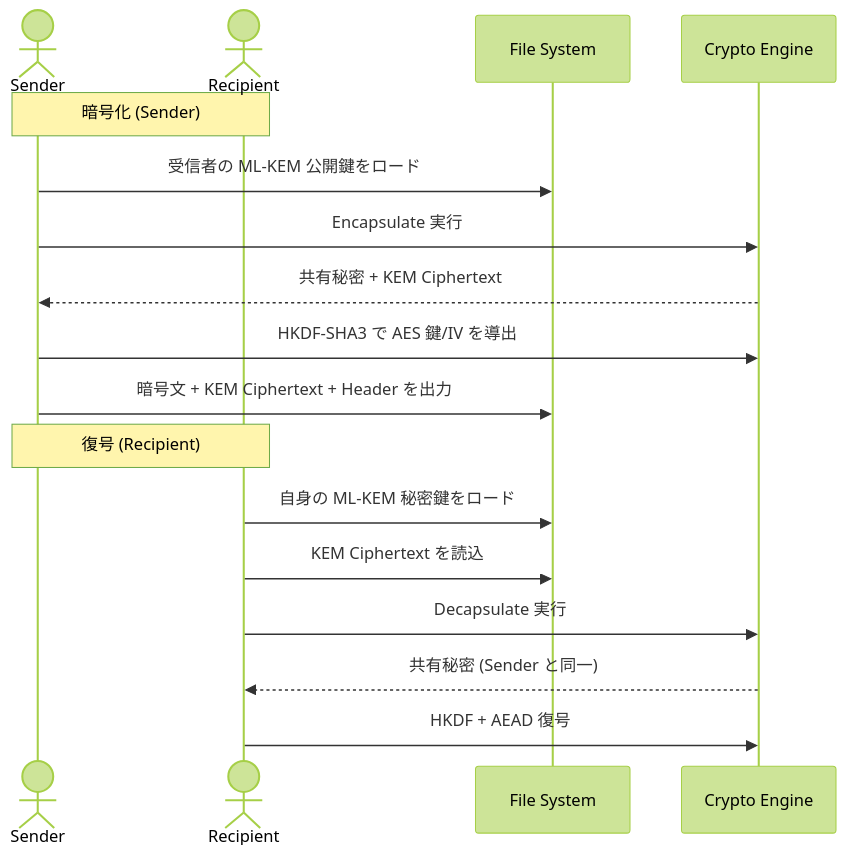
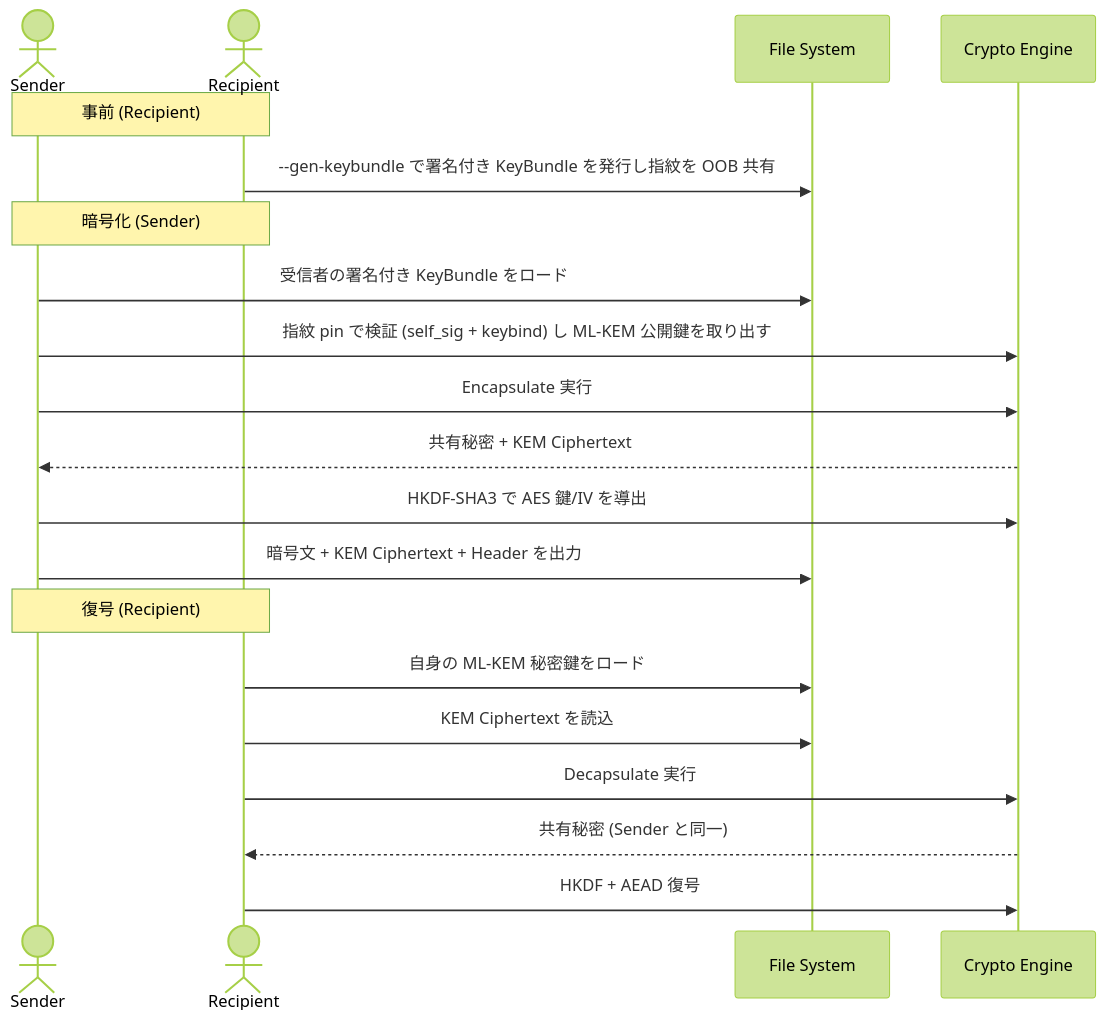
The sixth of 11 diagrams in README.md (nkoriyama/nkCryptoTool-rust), drawn with Mermaid (forest theme) before and after one commit. The commit also changed other lines of this file, not shown here.

First line of the commit message:
docs(readme): switch the encryption flow to the signed KeyBundle path

````diff
--- a/README.md
+++ b/README.md
@@ -621,21 +626,25 @@
 ```mermaid
 sequenceDiagram
     actor Sender
     actor Recipient
     participant FS as File System
     participant Engine as Crypto Engine
 
+    Note over Sender, Recipient: 事前 (Recipient)
+    Recipient->>FS: --gen-keybundle で署名付き KeyBundle を発行し指紋を OOB 共有
+
     Note over Sender, Recipient: 暗号化 (Sender)
-    Sender->>FS: 受信者の ML-KEM 公開鍵をロード
+    Sender->>FS: 受信者の署名付き KeyBundle をロード
+    Sender->>Engine: 指紋 pin で検証 (self_sig + keybind) し ML-KEM 公開鍵を取り出す
     Sender->>Engine: Encapsulate 実行
     Engine-->>Sender: 共有秘密 + KEM Ciphertext
     Sender->>Engine: HKDF-SHA3 で AES 鍵/IV を導出
     Sender->>FS: 暗号文 + KEM Ciphertext + Header を出力
 
     Note over Sender, Recipient: 復号 (Recipient)
     Recipient->>FS: 自身の ML-KEM 秘密鍵をロード
     Recipient->>FS: KEM Ciphertext を読込
     Recipient->>Engine: Decapsulate 実行
     Engine-->>Recipient: 共有秘密 (Sender と同一)
     Recipient->>Engine: HKDF + AEAD 復号
 ```
````
